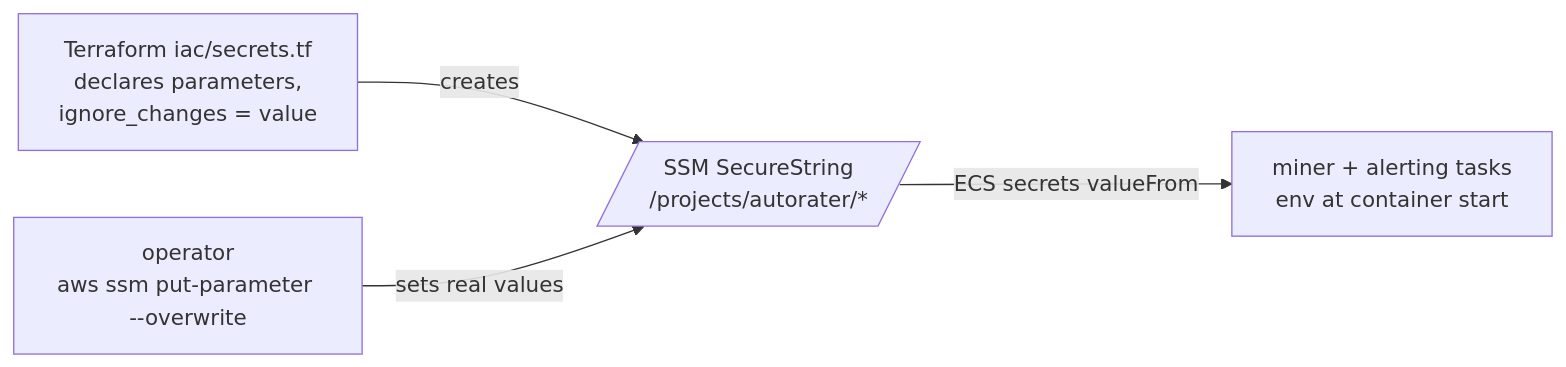
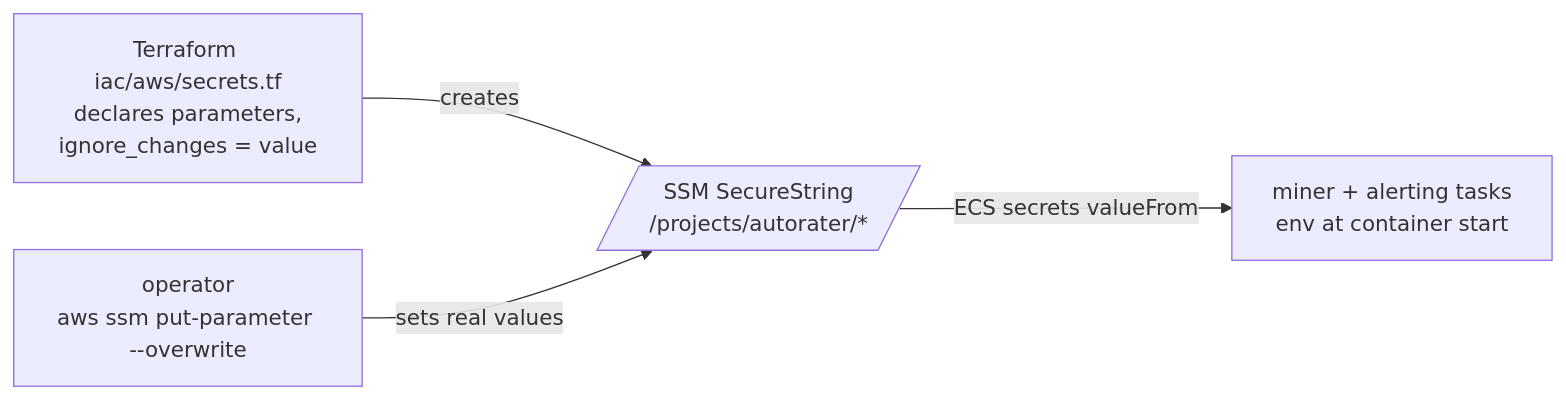
One commit to odyrsohn/autorater changed the fifth of 5 diagrams in docs/architecture.md. Above: the diagram before and after it, drawn with Mermaid. The commit also changed 43 other files, not shown here.

````diff
--- a/docs/architecture.md
+++ b/docs/architecture.md
@@ -105,6 +105,6 @@
 ```mermaid
 flowchart LR
-    TF[Terraform iac/secrets.tf\ndeclares parameters,\nignore_changes = value] -->|creates| SSM[/SSM SecureString\n/projects/autorater/*/]
+    TF[Terraform iac/aws/secrets.tf\ndeclares parameters,\nignore_changes = value] -->|creates| SSM[/SSM SecureString\n/projects/autorater/*/]
     OP[operator\naws ssm put-parameter --overwrite] -->|sets real values| SSM
     SSM -->|ECS secrets valueFrom| TASKS[miner + alerting tasks\nenv at container start]
 ```
````
